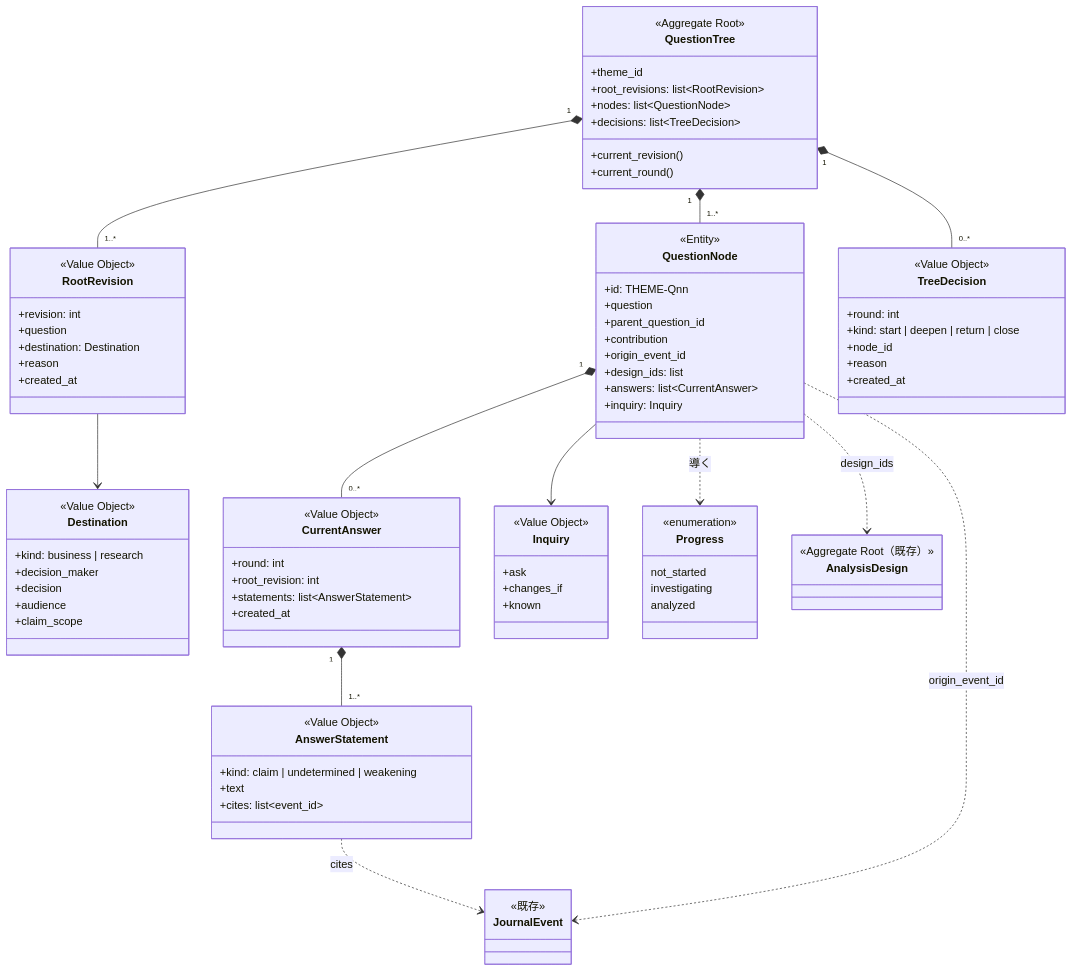
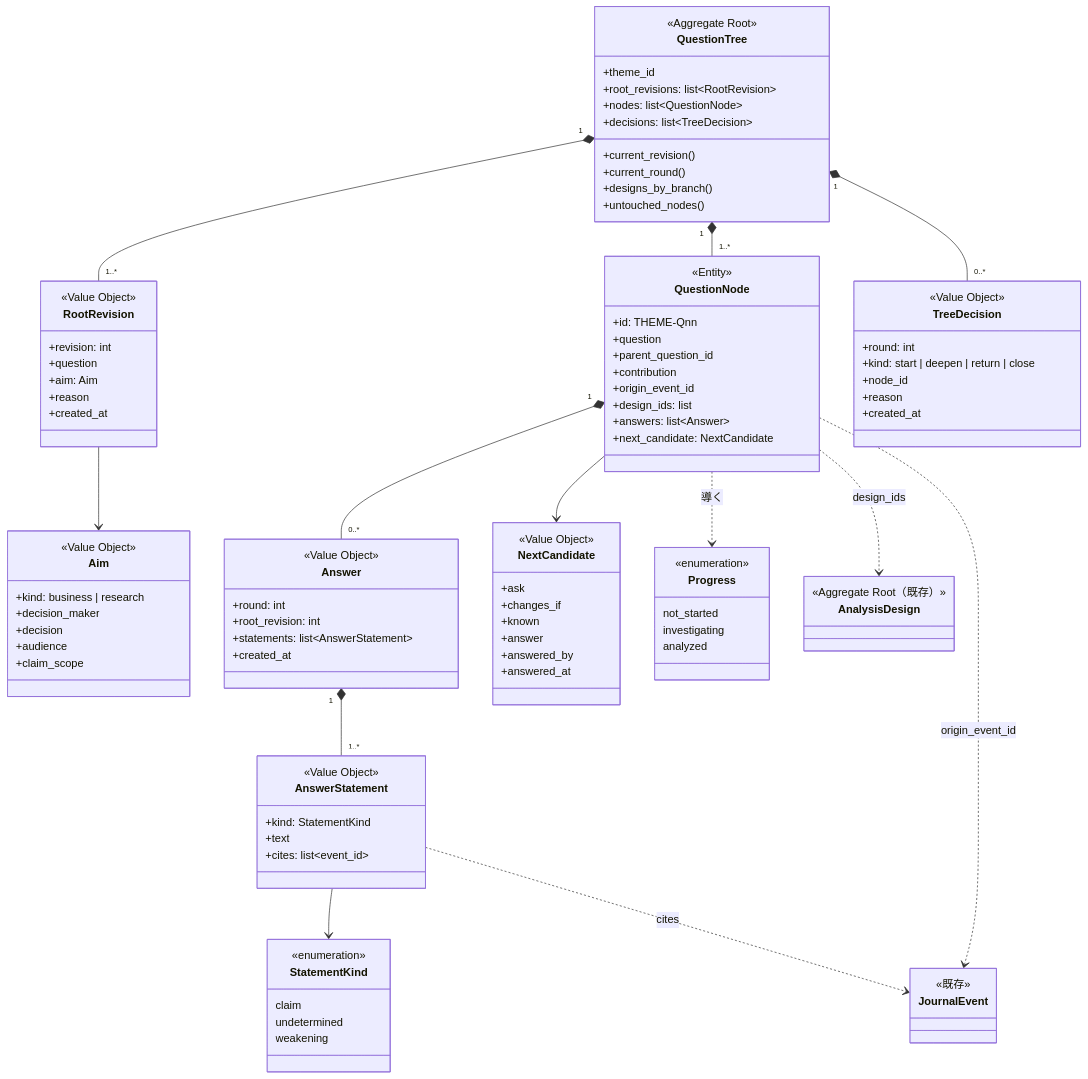
The second of 3 diagrams in docs/design/epic-18-question-tree.md (etoyama/insight-blueprint-skills), drawn with Mermaid before and after one commit. The commit also changed other lines of this file and 58 other files, not shown here.

```diff
--- a/docs/design/epic-18-question-tree.md
+++ b/docs/design/epic-18-question-tree.md
@@ -222,16 +233,18 @@
         +decisions: list~TreeDecision~
         +current_revision()
         +current_round()
+        +designs_by_branch()
+        +untouched_nodes()
     }
     class RootRevision {
         <<Value Object>>
         +revision: int
         +question
-        +destination: Destination
+        +aim: Aim
         +reason
         +created_at
     }
-    class Destination {
+    class Aim {
         <<Value Object>>
         +kind: business | research
         +decision_maker
@@ -247,10 +260,10 @@
         +contribution
         +origin_event_id
         +design_ids: list
-        +answers: list~CurrentAnswer~
-        +inquiry: Inquiry
+        +answers: list~Answer~
+        +next_candidate: NextCandidate
     }
-    class CurrentAnswer {
+    class Answer {
         <<Value Object>>
         +round: int
         +root_revision: int
@@ -259,15 +272,24 @@
     }
     class AnswerStatement {
         <<Value Object>>
-        +kind: claim | undetermined | weakening
+        +kind: StatementKind
         +text
         +cites: list~event_id~
     }
-    class Inquiry {
+    class StatementKind {
+        <<enumeration>>
+        claim
+        undetermined
+        weakening
+    }
+    class NextCandidate {
         <<Value Object>>
         +ask
         +changes_if
         +known
+        +answer
+        +answered_by
+        +answered_at
     }
     class TreeDecision {
         <<Value Object>>
@@ -293,10 +315,11 @@
     QuestionTree "1" *-- "1..*" RootRevision
     QuestionTree "1" *-- "1..*" QuestionNode
     QuestionTree "1" *-- "0..*" TreeDecision
-    RootRevision --> Destination
-    QuestionNode "1" *-- "0..*" CurrentAnswer
-    QuestionNode --> Inquiry
-    CurrentAnswer "1" *-- "1..*" AnswerStatement
+    RootRevision --> Aim
+    QuestionNode "1" *-- "0..*" Answer
+    QuestionNode --> NextCandidate
+    Answer "1" *-- "1..*" AnswerStatement
+    AnswerStatement --> StatementKind
     QuestionNode ..> AnalysisDesign : design_ids
     AnswerStatement ..> JournalEvent : cites
     QuestionNode ..> JournalEvent : origin_event_id
```
